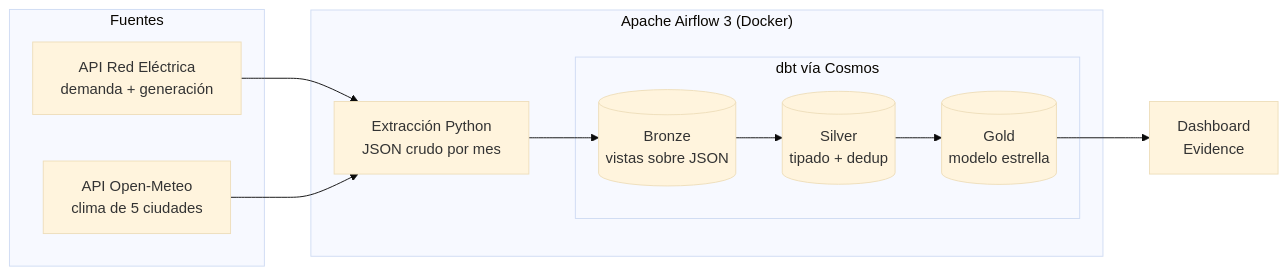
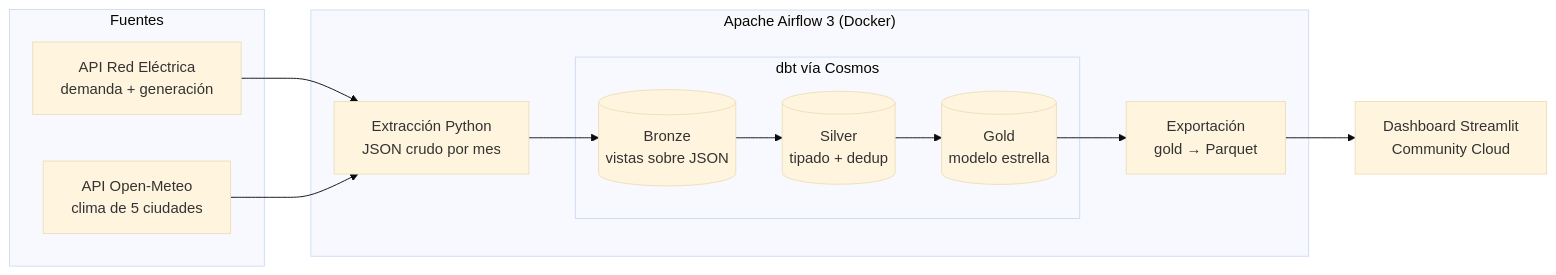
One commit to davidsanchez-data/energia-clima-pipeline changed the diagram in README.md. Above: the diagram before and after it, drawn with Mermaid (base theme). The commit also changed other lines of this file and 1 other file, not shown here.

Commit message:
Docs: enlace al dashboard, captura y hallazgos

````diff
--- a/README.md
+++ b/README.md
@@ -13,21 +19,22 @@
 ```mermaid
 flowchart LR
     subgraph Fuentes
         REE[API Red Eléctrica<br/>demanda + generación]
         OM[API Open-Meteo<br/>clima de 5 ciudades]
     end
 
     subgraph Airflow["Apache Airflow 3 (Docker)"]
         EX[Extracción Python<br/>JSON crudo por mes]
         subgraph Cosmos["dbt vía Cosmos"]
             B[(Bronze<br/>vistas sobre JSON)]
             S[(Silver<br/>tipado + dedup)]
             G[(Gold<br/>modelo estrella)]
         end
+        EXP[Exportación<br/>gold → Parquet]
     end
 
     REE --> EX
     OM --> EX
-    EX --> B --> S --> G
-    G --> V[Dashboard<br/>Evidence]
+    EX --> B --> S --> G --> EXP
+    EXP --> V[Dashboard Streamlit<br/>Community Cloud]
 ```
````
